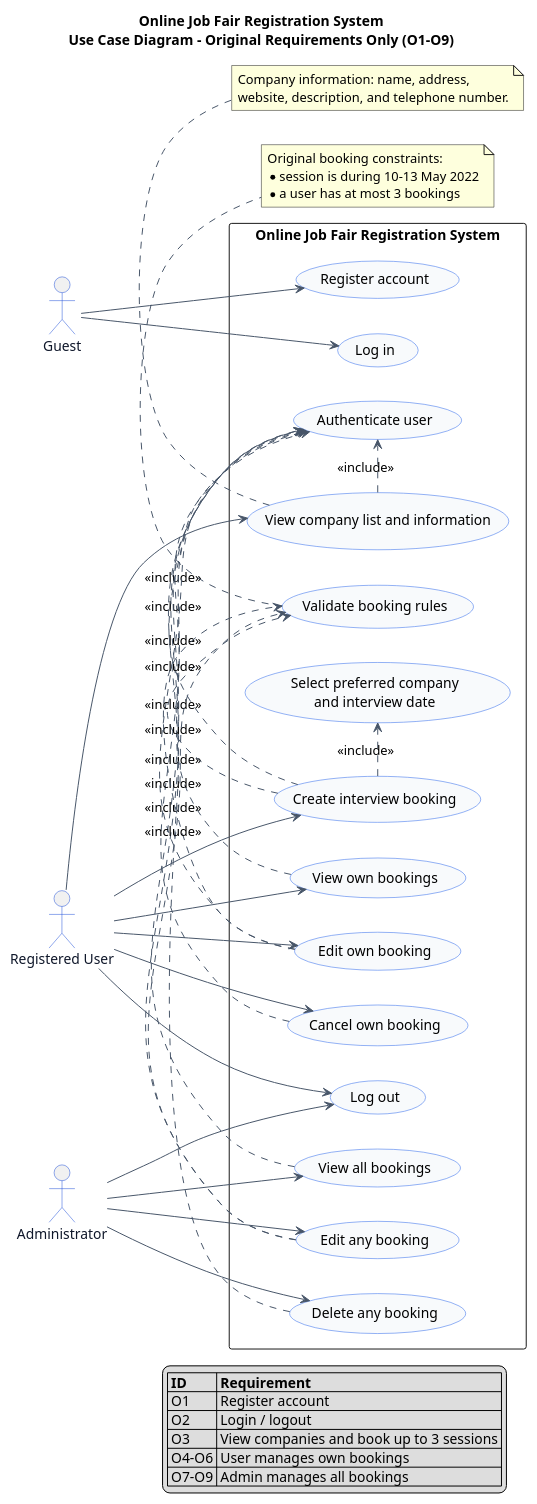
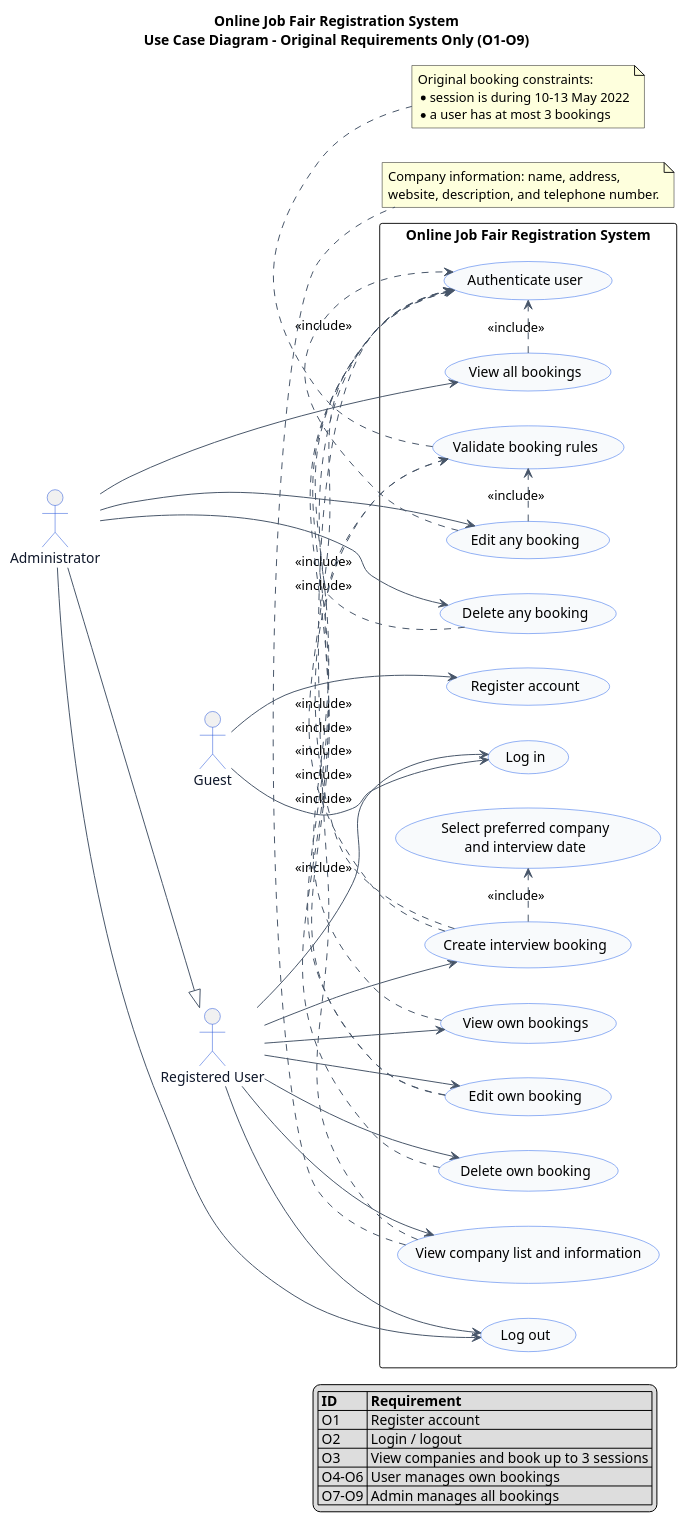
The diagram in docs/uml/use-case-original-requirements/use-case-original-requirements.puml (Noeyyneo/Project_Buttle), drawn with PlantUML before and after one commit. The commit also changed 3 other files, not shown here.

Commit message:
docs: address UML review feedback

```diff
--- a/docs/uml/use-case-original-requirements/use-case-original-requirements.puml
+++ b/docs/uml/use-case-original-requirements/use-case-original-requirements.puml
@@ -1,84 +1,87 @@
 @startuml
 title Online Job Fair Registration System\nUse Case Diagram - Original Requirements Only (O1-O9)
 left to right direction
 skinparam shadowing false
 skinparam packageStyle rectangle
 skinparam usecase {
   BackgroundColor #F8FAFC
   BorderColor #2563EB
   ArrowColor #475569
 }
 skinparam actor {
   BorderColor #1D4ED8
   FontColor #0F172A
 }
 
 actor Guest
 actor "Registered User" as User
 actor Administrator as Admin
 
 rectangle "Online Job Fair Registration System" {
   usecase "Register account" as UC_Register
   usecase "Log in" as UC_Login
   usecase "Log out" as UC_Logout
   usecase "View company list and information" as UC_Companies
   usecase "Create interview booking" as UC_Create
   usecase "Select preferred company\nand interview date" as UC_Select
   usecase "View own bookings" as UC_ViewOwn
   usecase "Edit own booking" as UC_EditOwn
-  usecase "Cancel own booking" as UC_CancelOwn
+  usecase "Delete own booking" as UC_DeleteOwn
   usecase "View all bookings" as UC_ViewAll
   usecase "Edit any booking" as UC_EditAny
   usecase "Delete any booking" as UC_DeleteAny
   usecase "Authenticate user" as UC_Auth
   usecase "Validate booking rules" as UC_Validate
 }
 
 Guest --> UC_Register
 Guest --> UC_Login
 
 User --> UC_Logout
+User --> UC_Login
 User --> UC_Companies
 User --> UC_Create
 User --> UC_ViewOwn
 User --> UC_EditOwn
-User --> UC_CancelOwn
+User --> UC_DeleteOwn
 
 Admin --> UC_Logout
 Admin --> UC_ViewAll
 Admin --> UC_EditAny
 Admin --> UC_DeleteAny
 
+Admin --|> User
+
 UC_Companies .> UC_Auth : <<include>>
 UC_Create .> UC_Auth : <<include>>
 UC_ViewOwn .> UC_Auth : <<include>>
 UC_EditOwn .> UC_Auth : <<include>>
-UC_CancelOwn .> UC_Auth : <<include>>
+UC_DeleteOwn .> UC_Auth : <<include>>
 UC_ViewAll .> UC_Auth : <<include>>
 UC_EditAny .> UC_Auth : <<include>>
 UC_DeleteAny .> UC_Auth : <<include>>
 UC_Create .> UC_Validate : <<include>>
 UC_Create .> UC_Select : <<include>>
 UC_EditOwn .> UC_Validate : <<include>>
 UC_EditAny .> UC_Validate : <<include>>
 
 note bottom of UC_Validate
   Original booking constraints:
   * session is during 10-13 May 2022
   * a user has at most 3 bookings
 end note
 
 note bottom of UC_Companies
   Company information: name, address,
   website, description, and telephone number.
 end note
 
 legend right
   |= ID |= Requirement |
   | O1 | Register account |
   | O2 | Login / logout |
   | O3 | View companies and book up to 3 sessions |
   | O4-O6 | User manages own bookings |
   | O7-O9 | Admin manages all bookings |
 endlegend
 @enduml
```
